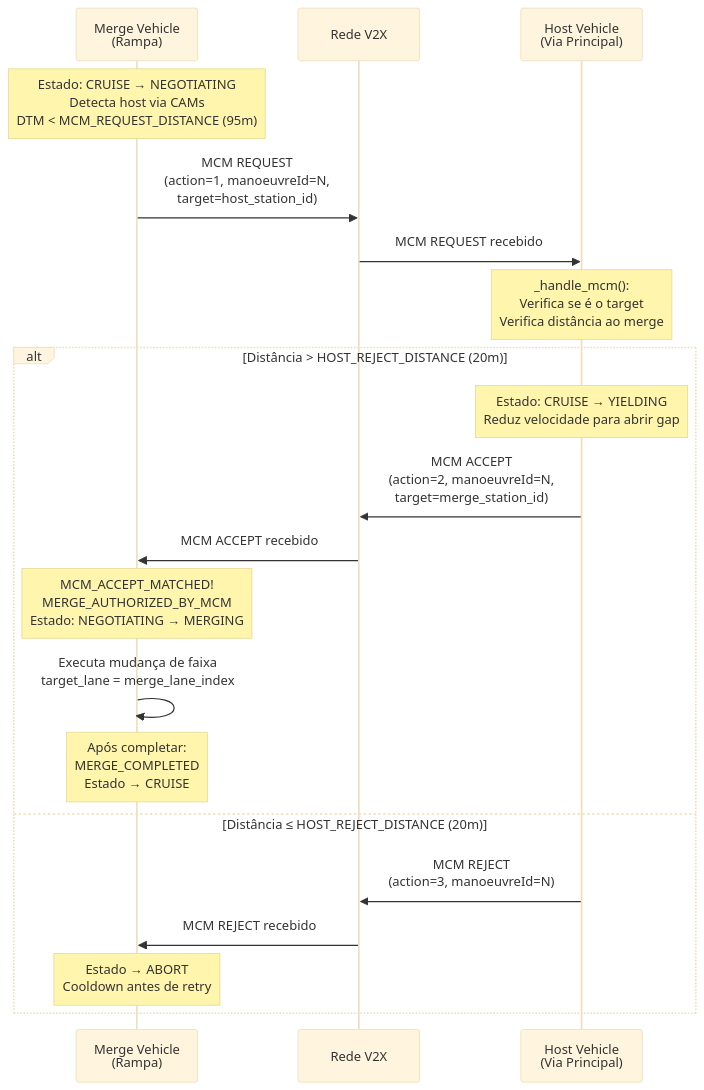
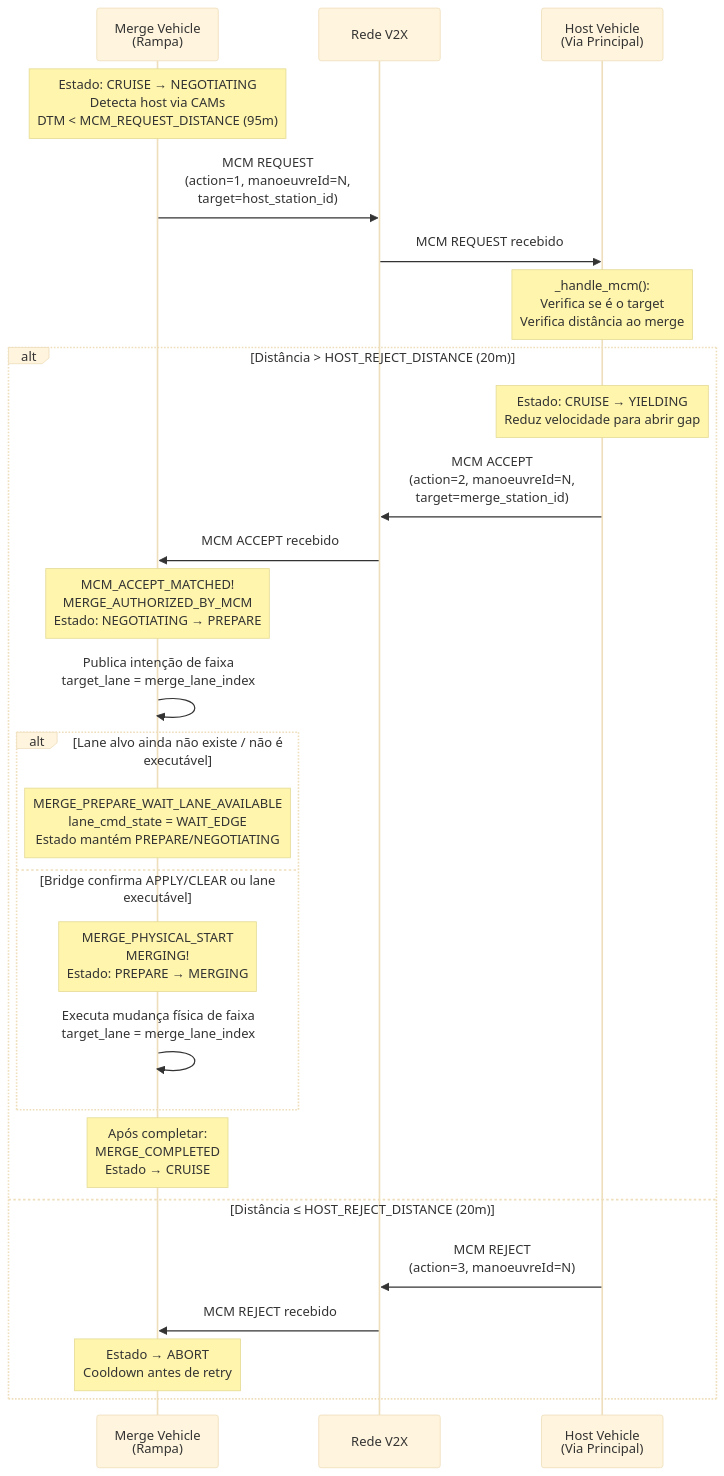
Before and after one commit to BMarujo/RSA: the fifth of 8 diagrams in mcm_cam_diagram.md, drawn with Mermaid (base theme). The commit also changed other lines of this file, not shown here.

Commit message:
bad romance!

````diff
--- a/mcm_cam_diagram.md
+++ b/mcm_cam_diagram.md
@@ -146,30 +146,37 @@
 ```mermaid
 sequenceDiagram
     participant MV as Merge Vehicle<br/>(Rampa)
     participant V2X as Rede V2X
     participant HV as Host Vehicle<br/>(Via Principal)
 
     Note over MV: Estado: CRUISE → NEGOTIATING<br/>Detecta host via CAMs<br/>DTM < MCM_REQUEST_DISTANCE (95m)
 
     MV->>V2X: MCM REQUEST<br/>(action=1, manoeuvreId=N,<br/>target=host_station_id)
     V2X->>HV: MCM REQUEST recebido
 
     Note over HV: _handle_mcm():<br/>Verifica se é o target<br/>Verifica distância ao merge
 
     alt Distância > HOST_REJECT_DISTANCE (20m)
         Note over HV: Estado: CRUISE → YIELDING<br/>Reduz velocidade para abrir gap
         HV->>V2X: MCM ACCEPT<br/>(action=2, manoeuvreId=N,<br/>target=merge_station_id)
         V2X->>MV: MCM ACCEPT recebido
         
-        Note over MV: MCM_ACCEPT_MATCHED!<br/>MERGE_AUTHORIZED_BY_MCM<br/>Estado: NEGOTIATING → MERGING
+        Note over MV: MCM_ACCEPT_MATCHED!<br/>MERGE_AUTHORIZED_BY_MCM<br/>Estado: NEGOTIATING → PREPARE
         
-        MV->>MV: Executa mudança de faixa<br/>target_lane = merge_lane_index
+        MV->>MV: Publica intenção de faixa<br/>target_lane = merge_lane_index
+
+        alt Lane alvo ainda não existe / não é executável
+            Note over MV: MERGE_PREPARE_WAIT_LANE_AVAILABLE<br/>lane_cmd_state = WAIT_EDGE<br/>Estado mantém PREPARE/NEGOTIATING
+        else Bridge confirma APPLY/CLEAR ou lane executável
+            Note over MV: MERGE_PHYSICAL_START<br/>MERGING!<br/>Estado: PREPARE → MERGING
+            MV->>MV: Executa mudança física de faixa<br/>target_lane = merge_lane_index
+        end
         
         Note over MV: Após completar:<br/>MERGE_COMPLETED<br/>Estado → CRUISE
     else Distância ≤ HOST_REJECT_DISTANCE (20m)
         HV->>V2X: MCM REJECT<br/>(action=3, manoeuvreId=N)
         V2X->>MV: MCM REJECT recebido
         
         Note over MV: Estado → ABORT<br/>Cooldown antes de retry
     end
 ```
````
